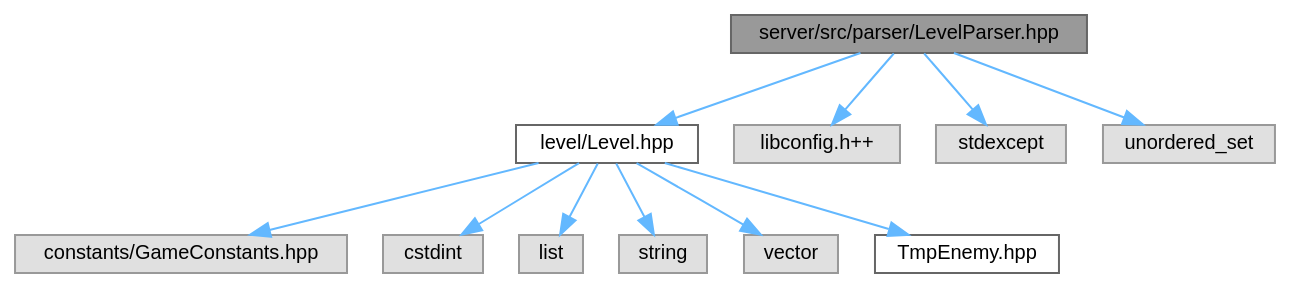
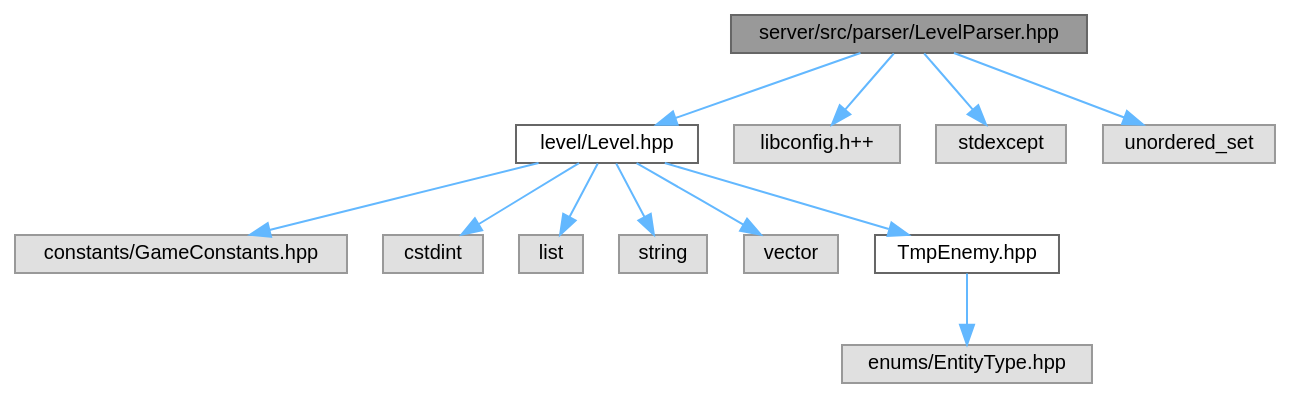
One commit to Houpsi/R-Type changed the diagram in LevelParser_8hpp__incl.dot. Above: the diagram before and after it, drawn with Graphviz. The commit also changed 216 other files, not shown here.

```diff
--- a/LevelParser_8hpp__incl.dot
+++ b/LevelParser_8hpp__incl.dot
@@ -1,28 +1,30 @@
 digraph "server/src/parser/LevelParser.hpp"
 {
  // LATEX_PDF_SIZE
   bgcolor="transparent";
   edge [fontname=Helvetica,fontsize=10,labelfontname=Helvetica,labelfontsize=10];
   node [fontname=Helvetica,fontsize=10,shape=box,height=0.2,width=0.4];
   Node1 [id="Node000001",label="server/src/parser/LevelParser.hpp",height=0.2,width=0.4,color="gray40", fillcolor="grey60", style="filled", fontcolor="black",tooltip=" "];
   Node1 -> Node2 [id="edge1_Node000001_Node000002",color="steelblue1",style="solid",tooltip=" "];
   Node2 [id="Node000002",label="level/Level.hpp",height=0.2,width=0.4,color="grey40", fillcolor="white", style="filled",URL="$Level_8hpp.html",tooltip=" "];
   Node2 -> Node3 [id="edge2_Node000002_Node000003",color="steelblue1",style="solid",tooltip=" "];
   Node3 [id="Node000003",label="constants/GameConstants.hpp",height=0.2,width=0.4,color="grey60", fillcolor="#E0E0E0", style="filled",tooltip=" "];
   Node2 -> Node4 [id="edge3_Node000002_Node000004",color="steelblue1",style="solid",tooltip=" "];
   Node4 [id="Node000004",label="cstdint",height=0.2,width=0.4,color="grey60", fillcolor="#E0E0E0", style="filled",tooltip=" "];
   Node2 -> Node5 [id="edge4_Node000002_Node000005",color="steelblue1",style="solid",tooltip=" "];
   Node5 [id="Node000005",label="list",height=0.2,width=0.4,color="grey60", fillcolor="#E0E0E0", style="filled",tooltip=" "];
   Node2 -> Node6 [id="edge5_Node000002_Node000006",color="steelblue1",style="solid",tooltip=" "];
   Node6 [id="Node000006",label="string",height=0.2,width=0.4,color="grey60", fillcolor="#E0E0E0", style="filled",tooltip=" "];
   Node2 -> Node7 [id="edge6_Node000002_Node000007",color="steelblue1",style="solid",tooltip=" "];
   Node7 [id="Node000007",label="vector",height=0.2,width=0.4,color="grey60", fillcolor="#E0E0E0", style="filled",tooltip=" "];
   Node2 -> Node8 [id="edge7_Node000002_Node000008",color="steelblue1",style="solid",tooltip=" "];
   Node8 [id="Node000008",label="TmpEnemy.hpp",height=0.2,width=0.4,color="grey40", fillcolor="white", style="filled",URL="$TmpEnemy_8hpp.html",tooltip=" "];
-  Node1 -> Node9 [id="edge8_Node000001_Node000009",color="steelblue1",style="solid",tooltip=" "];
-  Node9 [id="Node000009",label="libconfig.h++",height=0.2,width=0.4,color="grey60", fillcolor="#E0E0E0", style="filled",tooltip=" "];
+  Node8 -> Node9 [id="edge8_Node000008_Node000009",color="steelblue1",style="solid",tooltip=" "];
+  Node9 [id="Node000009",label="enums/EntityType.hpp",height=0.2,width=0.4,color="grey60", fillcolor="#E0E0E0", style="filled",tooltip=" "];
   Node1 -> Node10 [id="edge9_Node000001_Node000010",color="steelblue1",style="solid",tooltip=" "];
-  Node10 [id="Node000010",label="stdexcept",height=0.2,width=0.4,color="grey60", fillcolor="#E0E0E0", style="filled",tooltip=" "];
+  Node10 [id="Node000010",label="libconfig.h++",height=0.2,width=0.4,color="grey60", fillcolor="#E0E0E0", style="filled",tooltip=" "];
   Node1 -> Node11 [id="edge10_Node000001_Node000011",color="steelblue1",style="solid",tooltip=" "];
-  Node11 [id="Node000011",label="unordered_set",height=0.2,width=0.4,color="grey60", fillcolor="#E0E0E0", style="filled",tooltip=" "];
+  Node11 [id="Node000011",label="stdexcept",height=0.2,width=0.4,color="grey60", fillcolor="#E0E0E0", style="filled",tooltip=" "];
+  Node1 -> Node12 [id="edge11_Node000001_Node000012",color="steelblue1",style="solid",tooltip=" "];
+  Node12 [id="Node000012",label="unordered_set",height=0.2,width=0.4,color="grey60", fillcolor="#E0E0E0", style="filled",tooltip=" "];
 }
```
